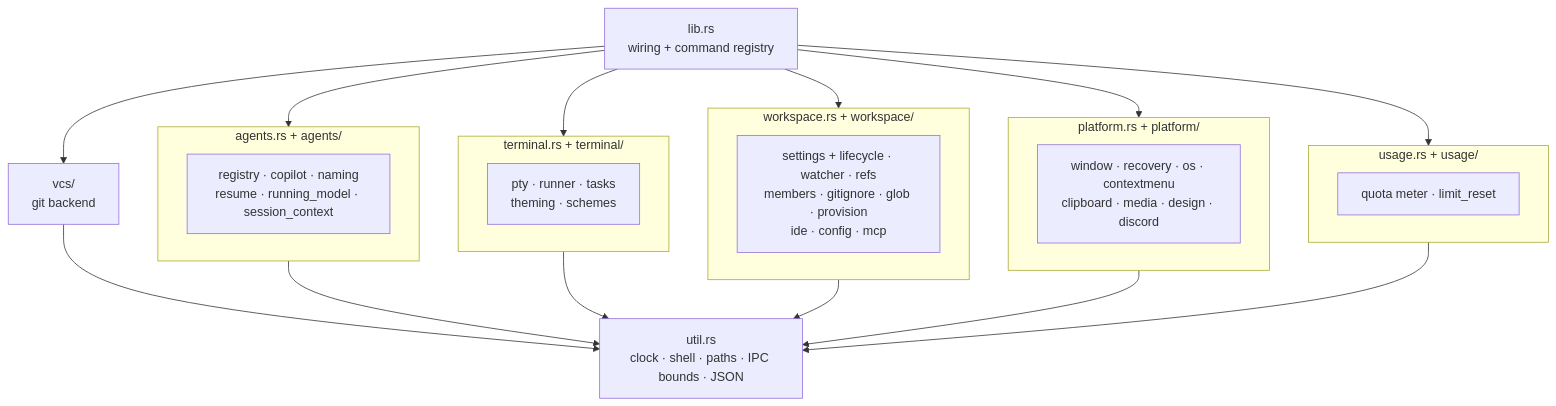
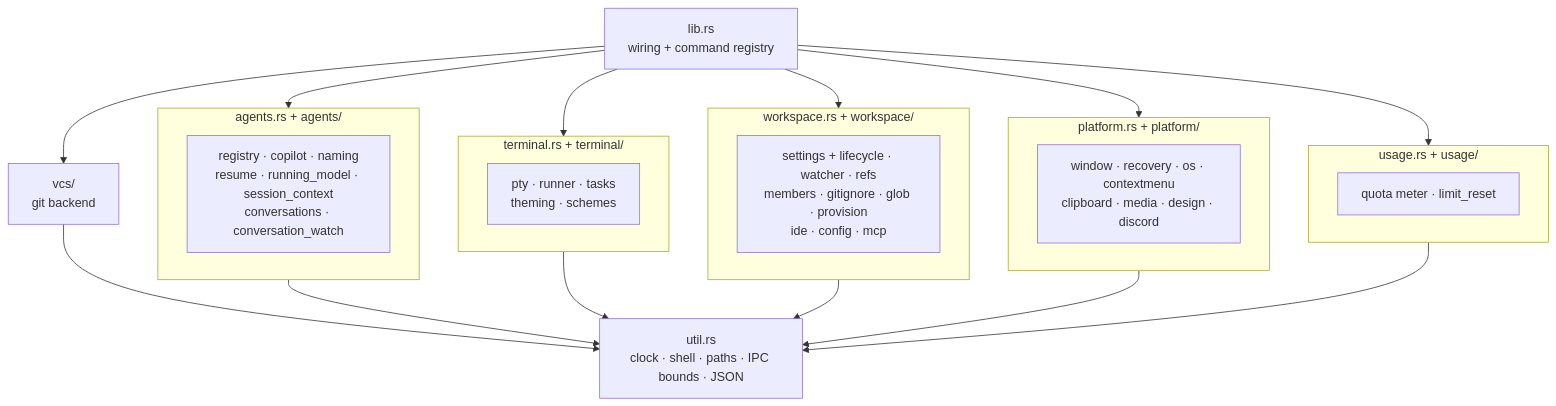
The ninth of 10 diagrams in ARCHITECTURE.md (avi12/pade), drawn with Mermaid before and after one commit. The commit also changed other lines of this file and 4 other files, not shown here.

````diff
--- a/ARCHITECTURE.md
+++ b/ARCHITECTURE.md
@@ -939,23 +939,23 @@
 ```mermaid
 flowchart TB
   Lib["lib.rs<br/>wiring + command registry"]
   subgraph Agents["agents.rs + agents/"]
-    A1["registry · copilot · naming<br/>resume · running_model · session_context"]
+    A1["registry · copilot · naming<br/>resume · running_model · session_context<br/>conversations · conversation_watch"]
   end
   subgraph Terminal["terminal.rs + terminal/"]
     T1["pty · runner · tasks<br/>theming · schemes"]
   end
   subgraph Workspace["workspace.rs + workspace/"]
     W1["settings + lifecycle · watcher · refs<br/>members · gitignore · glob · provision<br/>ide · config · mcp"]
   end
   subgraph Platform["platform.rs + platform/"]
     P1["window · recovery · os · contextmenu<br/>clipboard · media · design · discord"]
   end
   subgraph Usage["usage.rs + usage/"]
     U1["quota meter · limit_reset"]
   end
   Vcs["vcs/<br/>git backend"]
   Util["util.rs<br/>clock · shell · paths · IPC bounds · JSON"]
   Lib --> Agents & Terminal & Workspace & Platform & Usage & Vcs
   Agents & Terminal & Workspace & Platform & Usage & Vcs --> Util
 ```
````
